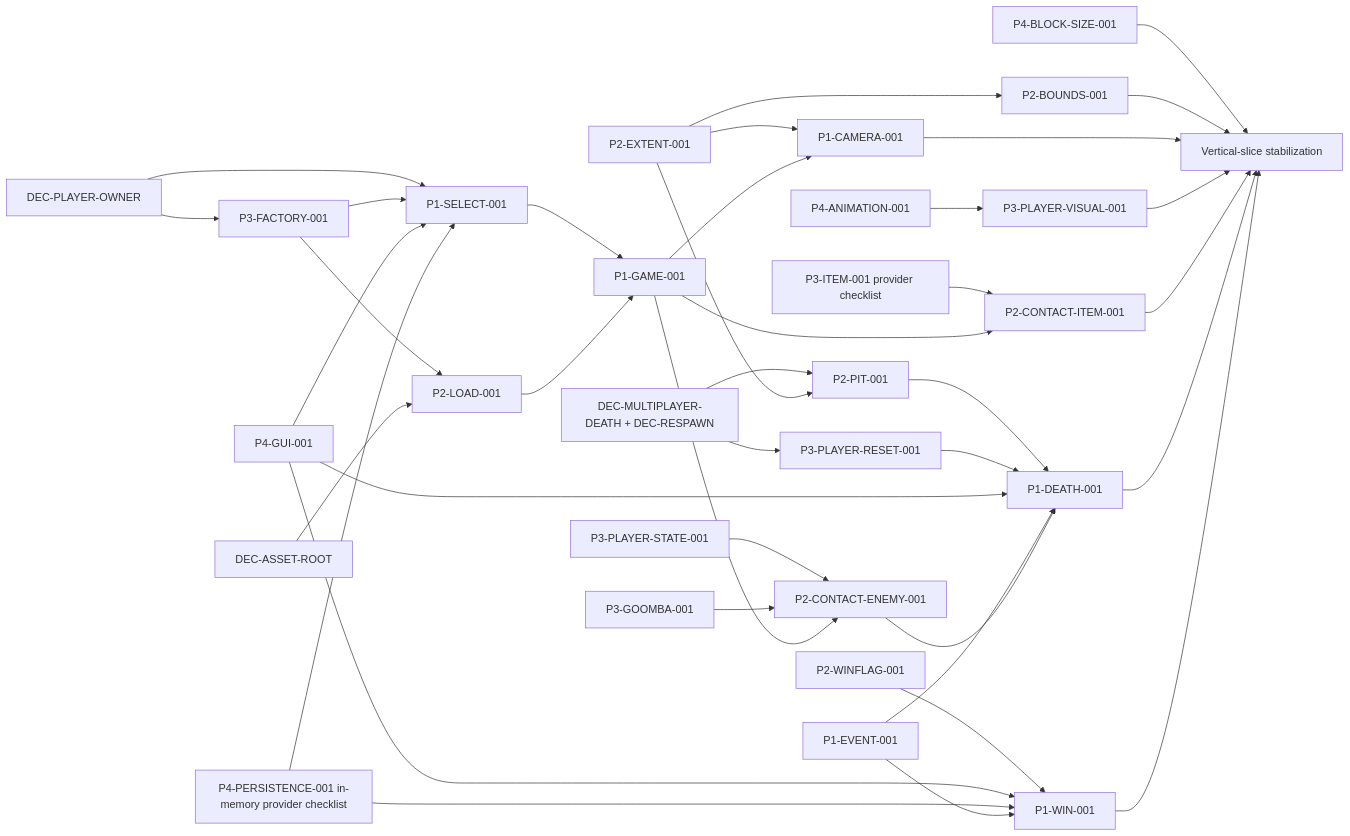
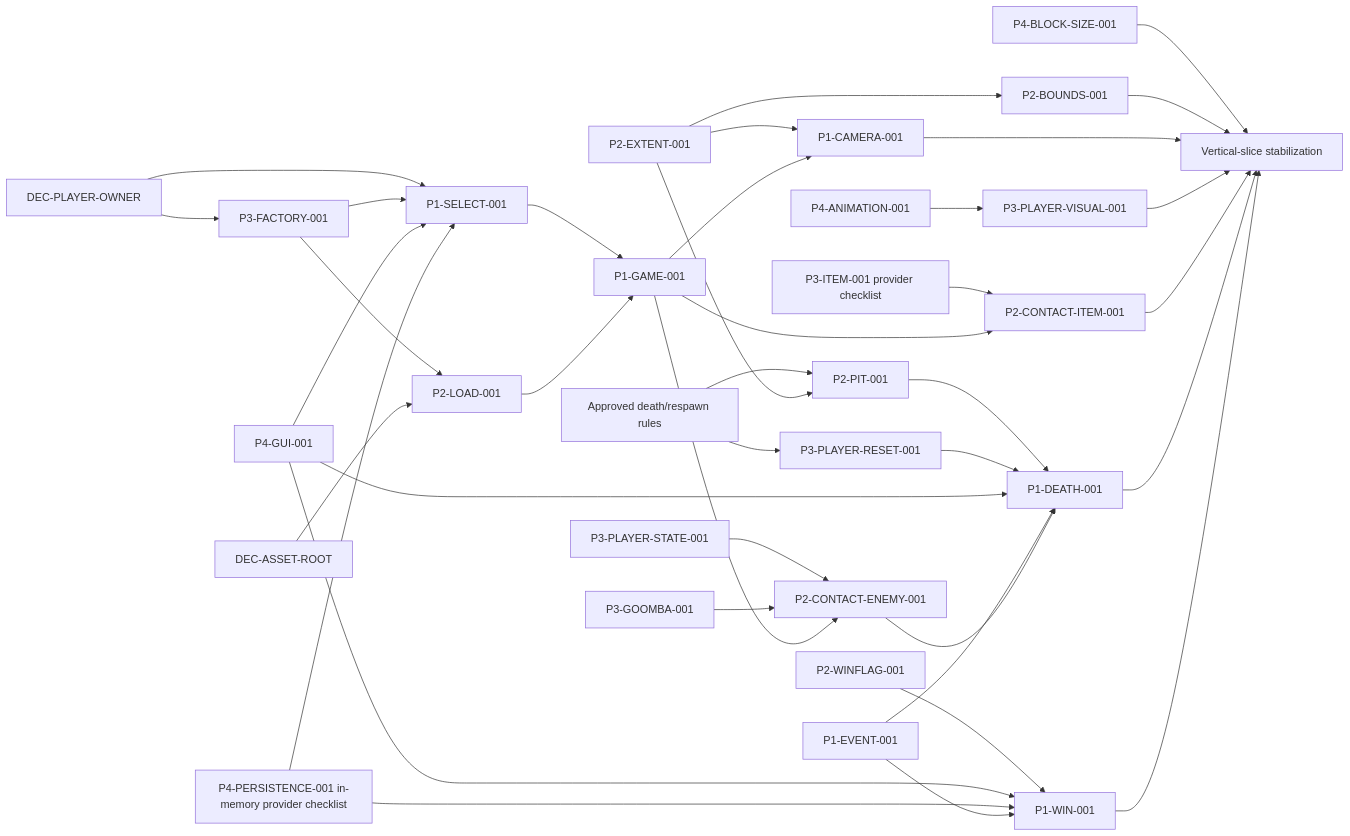
Before and after one commit to letranhoanglong2227-maker/CS202_Group4_SuperMario: the diagram in docs/team/05_CRITICAL_PATH.md, drawn with Mermaid. The commit also changed other lines of this file and 9 other files, not shown here.

````diff
--- a/docs/team/05_CRITICAL_PATH.md
+++ b/docs/team/05_CRITICAL_PATH.md
@@ -37,40 +37,40 @@
 ```mermaid
 flowchart LR
   D1[DEC-PLAYER-OWNER] --> F[P3-FACTORY-001]
   D1 --> S[P1-SELECT-001]
   F --> S
   F --> L[P2-LOAD-001]
   GUI[P4-GUI-001] --> S
   UD[P4-PERSISTENCE-001 in-memory provider checklist] --> S
   D2[DEC-ASSET-ROOT] --> L
   S --> G[P1-GAME-001]
   L --> G
   E[P2-EXTENT-001] --> B[P2-BOUNDS-001]
   E --> C[P1-CAMERA-001]
   G --> C
   A[P4-ANIMATION-001] --> PV[P3-PLAYER-VISUAL-001]
   BS[P4-BLOCK-SIZE-001] --> VS[Vertical-slice stabilization]
   PS[P3-PLAYER-STATE-001] --> CE[P2-CONTACT-ENEMY-001]
   GO[P3-GOOMBA-001] --> CE
   IT[P3-ITEM-001 provider checklist] --> CI[P2-CONTACT-ITEM-001]
   G --> CE
   G --> CI
-  D3[DEC-MULTIPLAYER-DEATH + DEC-RESPAWN] --> R[P3-PLAYER-RESET-001]
+  D3[Approved death/respawn rules] --> R[P3-PLAYER-RESET-001]
   D3 --> PIT[P2-PIT-001]
   E --> PIT
   PIT --> DF[P1-DEATH-001]
   R --> DF
   GUI --> DF
   WF[P2-WINFLAG-001] --> WIN[P1-WIN-001]
   GUI --> WIN
   UD --> WIN
   EV[P1-EVENT-001] --> DF
   EV --> WIN
   CE --> DF
   B --> VS
   C --> VS
   PV --> VS
   CI --> VS
   DF --> VS
   WIN --> VS
 ```
````
